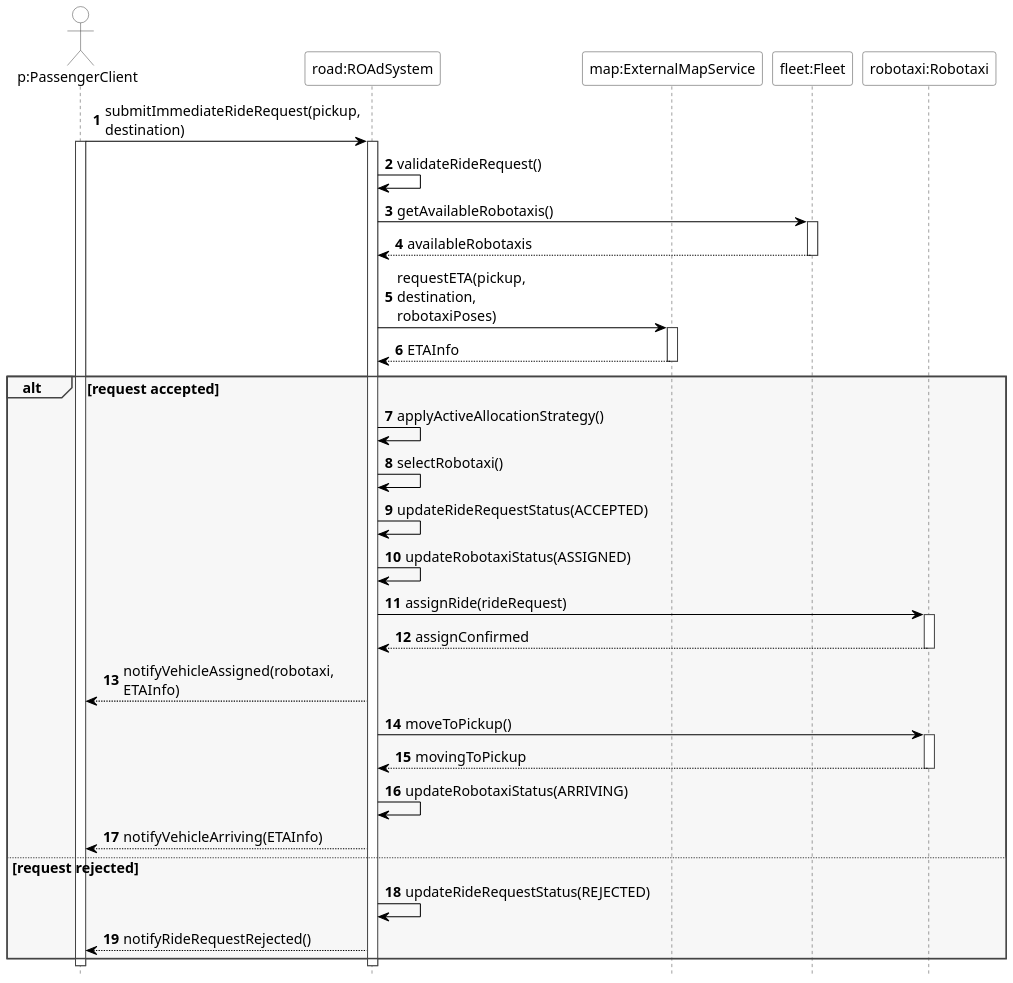
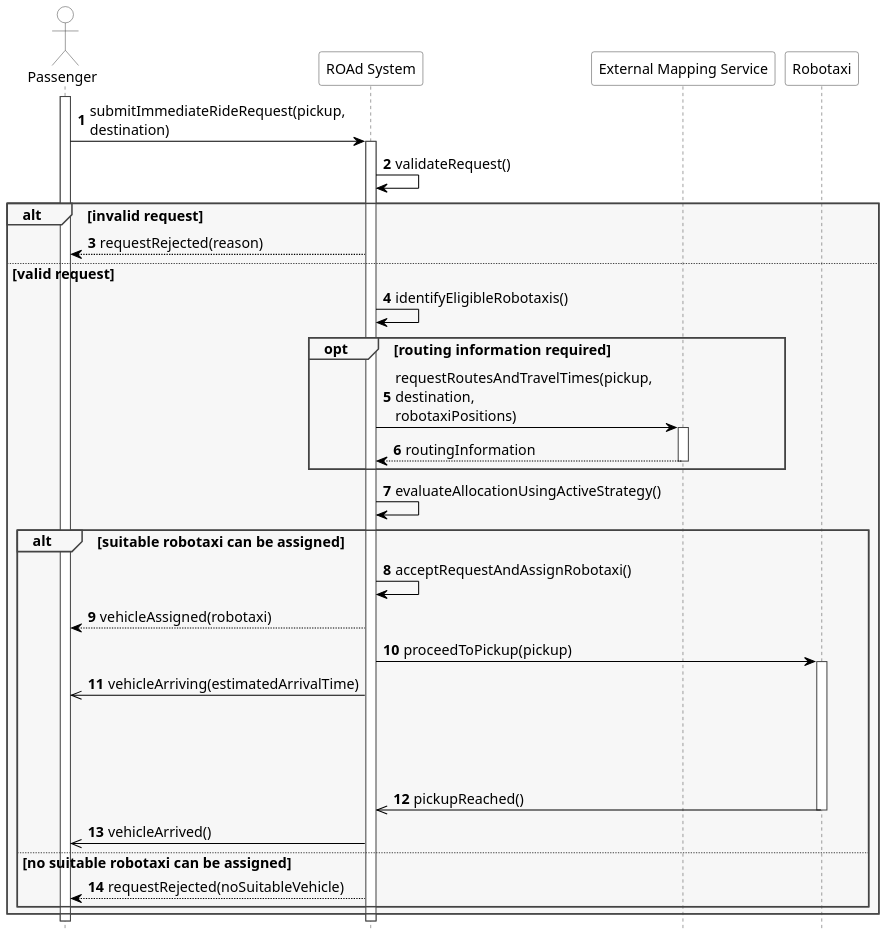
One commit to meggie-0/SE4A_ROAd_MargheritaBertipaglia_DavidCazzaniga_PasqualeIgnarra_Project changed the diagram in RASD/diagrams/sequence_diagrams/immediate_ride_request.puml. Above: the diagram before and after it, drawn with PlantUML. The commit also changed 18 other files, not shown here.

```diff
--- a/RASD/diagrams/sequence_diagrams/immediate_ride_request.puml
+++ b/RASD/diagrams/sequence_diagrams/immediate_ride_request.puml
@@ -1,110 +1,107 @@
 @startuml
-
 
 skinparam backgroundColor white
 skinparam shadowing false
 skinparam defaultFontName Arial
 skinparam defaultFontSize 14
 skinparam dpi 150
 skinparam maxMessageSize 90
 
 skinparam sequence {
     ArrowColor black
     LifeLineBorderColor #444444
     LifeLineBackgroundColor white
 
     ParticipantBorderColor #444444
     ParticipantBackgroundColor white
     ParticipantFontColor black
 
     ActorBorderColor #444444
     ActorBackgroundColor white
     ActorFontColor black
 
     GroupBorderColor #444444
     GroupBackgroundColor #F7F7F7
 
     DividerBorderColor #444444
     DividerBackgroundColor #F2F2F2
 }
 
 <style>
 sequenceDiagram {
   participant {
     Padding 20
   }
 
   group {
     Padding 10
     BackgroundColor #F7F7F7
     LineColor #444444
   }
 
   lifeLine {
     LineColor #444444
     BackgroundColor white
   }
 
   arrow {
     LineColor black
   }
 }
 </style>
 
 hide footbox
 autonumber
 
-actor "p:PassengerClient" as P
-participant "road:ROAdSystem" as ROAD
-participant "map:ExternalMapService" as MAP
-participant "fleet:Fleet" as FLEET
-participant "robotaxi:Robotaxi" as ROBOTAXI
+actor "Passenger" as P
+participant "ROAd System" as ROAD
+participant "External Mapping Service" as MAP
+participant "Robotaxi" as ROBOTAXI
+
+activate P
 
 P -> ROAD : submitImmediateRideRequest(pickup, destination)
-activate P
 activate ROAD
 
-ROAD -> ROAD : validateRideRequest()
+ROAD -> ROAD : validateRequest()
 
-ROAD -> FLEET : getAvailableRobotaxis()
-activate FLEET
-FLEET --> ROAD : availableRobotaxis
-deactivate FLEET
+alt invalid request
+    ROAD --> P : requestRejected(reason)
 
-ROAD -> MAP : requestETA(pickup, destination, robotaxiPoses)
-activate MAP
-MAP --> ROAD : ETAInfo
-deactivate MAP
+else valid request
+    ROAD -> ROAD : identifyEligibleRobotaxis()
 
-alt request accepted
-    ROAD -> ROAD : applyActiveAllocationStrategy()
-    ROAD -> ROAD : selectRobotaxi()
-    ROAD -> ROAD : updateRideRequestStatus(ACCEPTED)
-    ROAD -> ROAD : updateRobotaxiStatus(ASSIGNED)
+    opt routing information required
+        ROAD -> MAP : requestRoutesAndTravelTimes(pickup, destination,\nrobotaxiPositions)
+        activate MAP
+        MAP --> ROAD : routingInformation
+        deactivate MAP
+    end
 
-    ROAD -> ROBOTAXI : assignRide(rideRequest)
-    activate ROBOTAXI
-    ROBOTAXI --> ROAD : assignConfirmed
-    deactivate ROBOTAXI
+    ROAD -> ROAD : evaluateAllocationUsingActiveStrategy()
 
-    ROAD --> P : notifyVehicleAssigned(robotaxi, ETAInfo)
+    alt suitable robotaxi can be assigned
+        ROAD -> ROAD : acceptRequestAndAssignRobotaxi()
+        ROAD --> P : vehicleAssigned(robotaxi)
 
-    ROAD -> ROBOTAXI : moveToPickup()
-    activate ROBOTAXI
-    ROBOTAXI --> ROAD : movingToPickup
-    deactivate ROBOTAXI
+        ROAD -> ROBOTAXI : proceedToPickup(pickup)
+        activate ROBOTAXI
 
-    ROAD -> ROAD : updateRobotaxiStatus(ARRIVING)
+        ROAD ->> P : vehicleArriving(estimatedArrivalTime)
 
-    ROAD --> P : notifyVehicleArriving(ETAInfo)
+        ||80||
 
-else request rejected
-    ROAD -> ROAD : updateRideRequestStatus(REJECTED)
+        ROBOTAXI ->> ROAD : pickupReached()
+        deactivate ROBOTAXI
 
-    ROAD --> P : notifyRideRequestRejected()
+        ROAD ->> P : vehicleArrived()
+
+    else no suitable robotaxi can be assigned
+        ROAD --> P : requestRejected(noSuitableVehicle)
+    end
 end
 
 deactivate ROAD
 deactivate P
 
 @enduml
```
